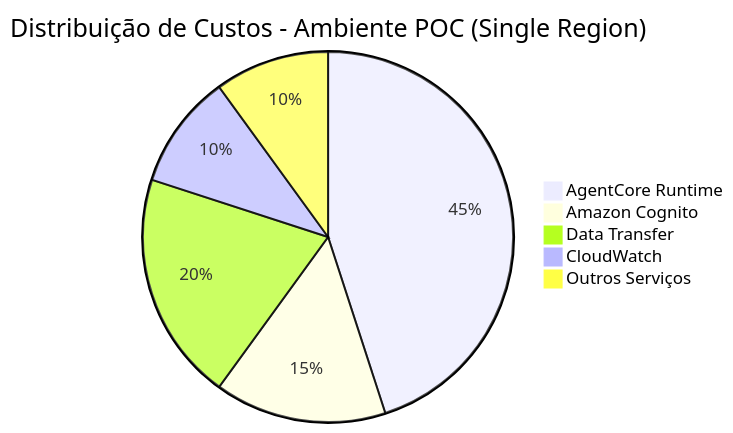
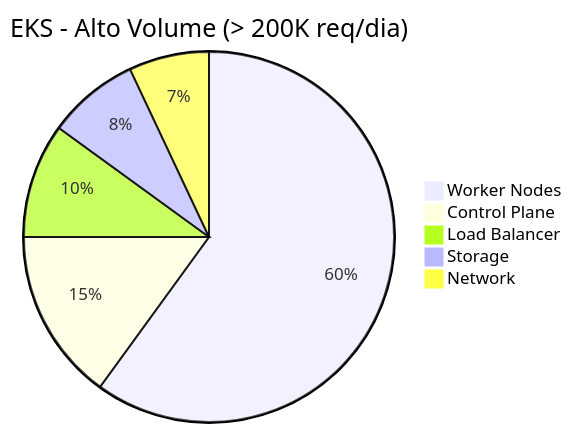
One commit to thiagodavala/ai-foundation-arch changed diagram 27 of 31 in README.md. Above: the diagram before and after it, drawn with Mermaid. The commit also changed other lines of this file, not shown here.

Commit message:
Add eks vs runtime costs

````diff
--- a/README.md
+++ b/README.md
@@ -2730,8 +2740,8 @@
 ```mermaid
-pie title Distribuição de Custos - Ambiente POC (Single Region)
-    "AgentCore Runtime" : 45
-    "Amazon Cognito" : 15
-    "Data Transfer" : 20
-    "CloudWatch" : 10
-    "Outros Serviços" : 10
+pie title EKS - Alto Volume (> 200K req/dia)
+    "Worker Nodes" : 60
+    "Control Plane" : 15
+    "Load Balancer" : 10
+    "Storage" : 8
+    "Network" : 7
 ```
````
